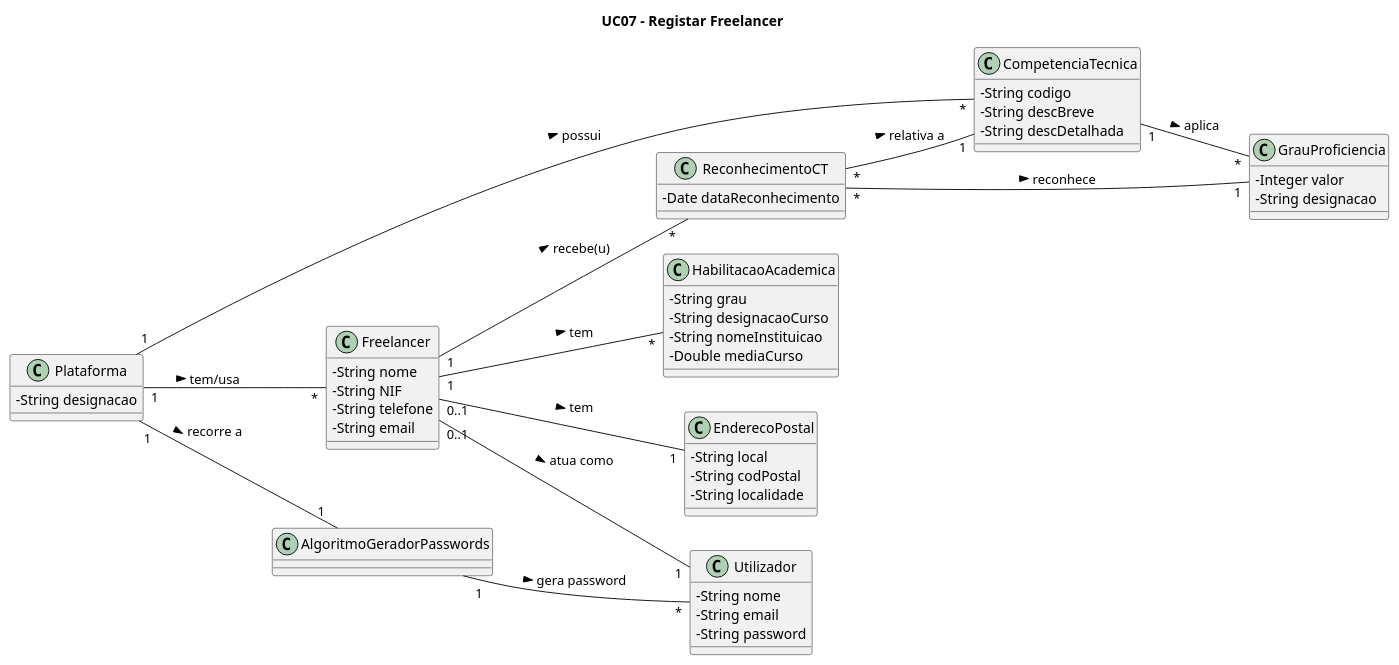
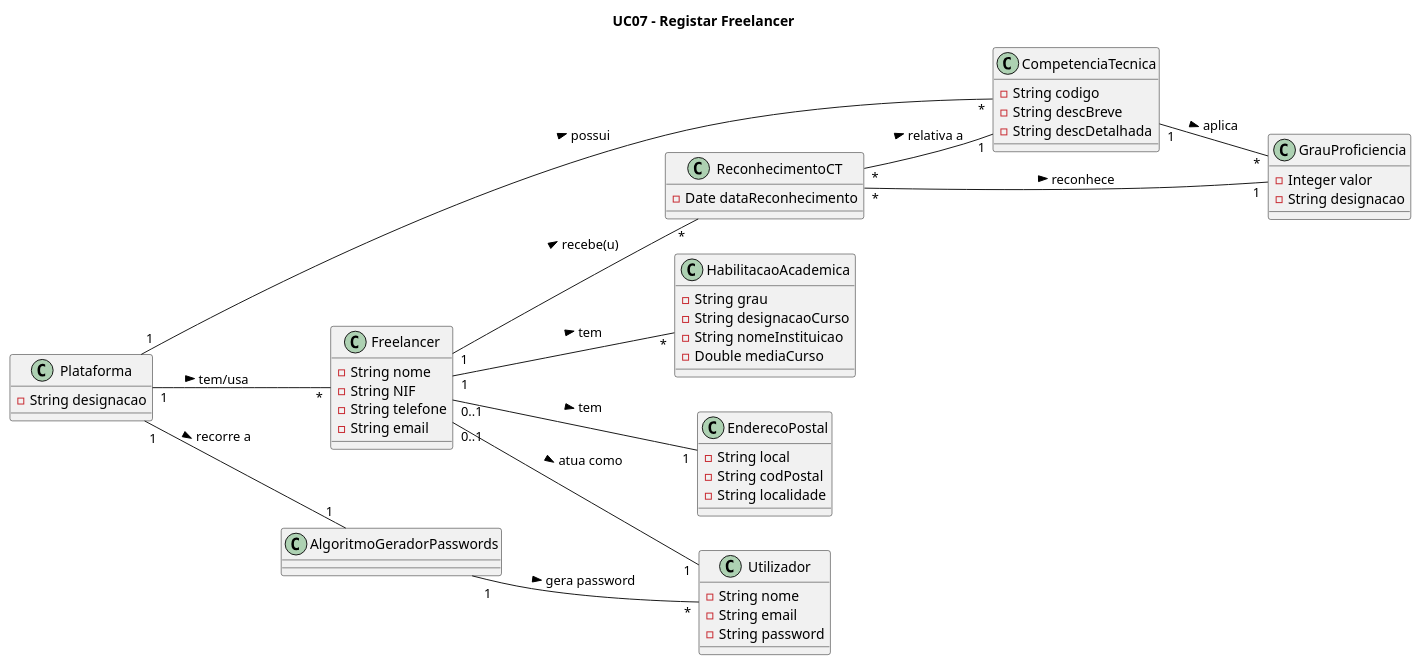
The diagram in Documentação/Sprint 3/UC07_Registar_Freelancer/UC07_Registar_Freelancer_Excerto_Modelo_Dominio.puml (blestonbandeiraUPSKILL/upskill_java1_labprg_grupo2), drawn with PlantUML before and after one commit. The commit also changed 6 other files, not shown here.

```diff
--- a/Documentação/Sprint 3/UC07_Registar_Freelancer/UC07_Registar_Freelancer_Excerto_Modelo_Dominio.puml
+++ b/Documentação/Sprint 3/UC07_Registar_Freelancer/UC07_Registar_Freelancer_Excerto_Modelo_Dominio.puml
@@ -1,70 +1,69 @@
 @startuml
 
 left to right direction
-skinparam classAttributeIconSize 0
 
 title UC07 - Registar Freelancer
 
 class Plataforma {
   -String designacao
 }
 
 class Freelancer {
   -String nome
   -String NIF
   -String telefone
   -String email
 }
 
 class EnderecoPostal {
     -String local
     -String codPostal
     -String localidade
 }
 
 class ReconhecimentoCT{
     -Date dataReconhecimento
 }
 
 class AlgoritmoGeradorPasswords {
 
 }
 
 class HabilitacaoAcademica{
 -String grau
 -String designacaoCurso
 -String nomeInstituicao
 -Double mediaCurso
 
 }
 
 class CompetenciaTecnica {
   -String codigo
   -String descBreve
   -String descDetalhada
 }
 
 class GrauProficiencia {
     -Integer valor
     -String designacao
 }
 
 class Utilizador {
   -String nome
   -String email
   -String password
 }
 
 Plataforma "1" -- "*" CompetenciaTecnica : possui >
 Plataforma "1" -- "*" Freelancer : tem/usa >
 Plataforma "1" -- "1" AlgoritmoGeradorPasswords : recorre a >
 Freelancer "0..1" -- "1" EnderecoPostal : tem >
 Freelancer "1" -- "*" ReconhecimentoCT : recebe(u) >
 Freelancer "1" -- "*" HabilitacaoAcademica : tem >
 Freelancer "0..1" -- "1" Utilizador : atua como >
 AlgoritmoGeradorPasswords "1" -- "*" Utilizador : gera password >
 ReconhecimentoCT "*" -- "1" CompetenciaTecnica : relativa a >
 ReconhecimentoCT "*" -- "1" GrauProficiencia : reconhece >
 CompetenciaTecnica "1" -- "*" GrauProficiencia : aplica >
 
 @enduml
```
